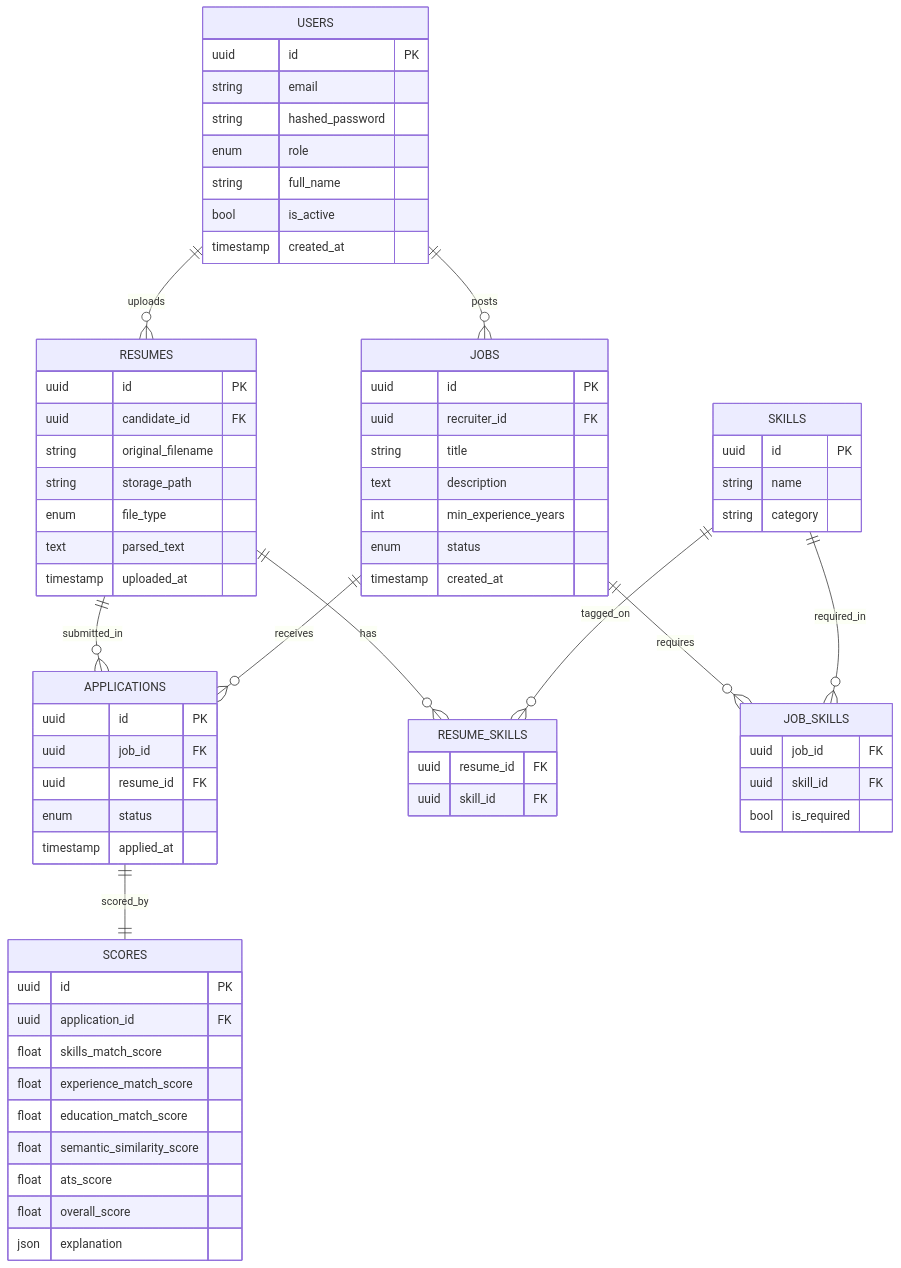
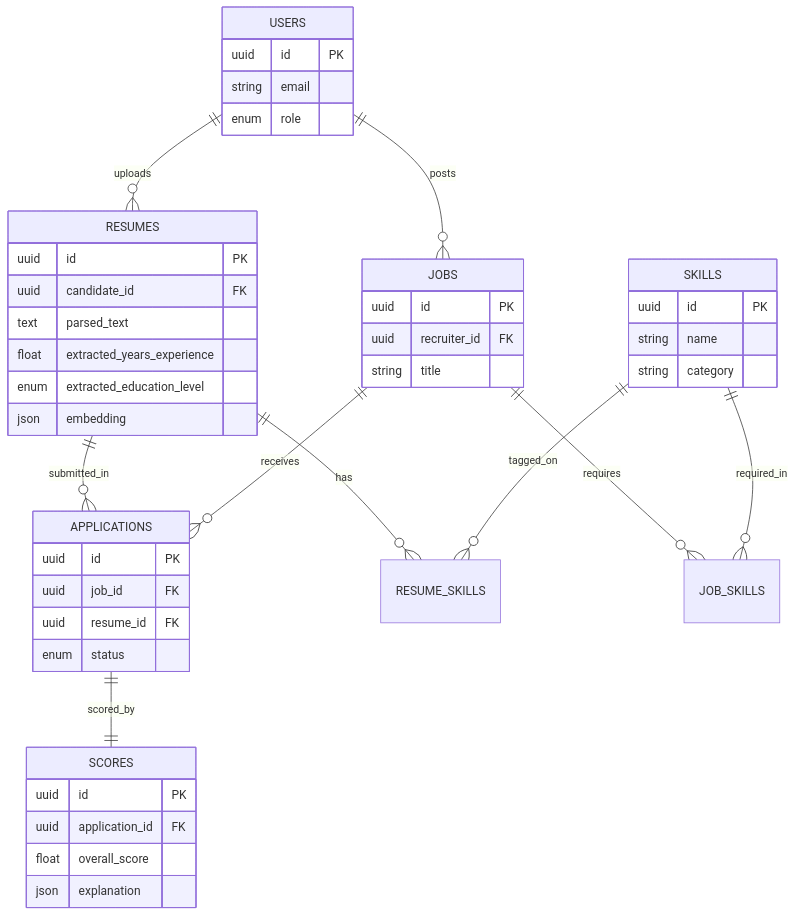
One commit to vansh761/ai-resume-screening-system changed the diagram in docs/architecture/README.md. Above: the diagram before and after it, drawn with Mermaid. The commit also changed other lines of this file and 87 other files, not shown here.

First line of the commit message:
Milestone 1: architecture, scaffolding, and containerized dev stack

````diff
--- a/docs/architecture/README.md
+++ b/docs/architecture/README.md
@@ -9,72 +5,48 @@
 ```mermaid
 erDiagram
   USERS ||--o{ JOBS : posts
   USERS ||--o{ RESUMES : uploads
   JOBS ||--o{ APPLICATIONS : receives
   RESUMES ||--o{ APPLICATIONS : submitted_in
   APPLICATIONS ||--|| SCORES : scored_by
   SKILLS ||--o{ RESUME_SKILLS : tagged_on
   RESUMES ||--o{ RESUME_SKILLS : has
   SKILLS ||--o{ JOB_SKILLS : required_in
   JOBS ||--o{ JOB_SKILLS : requires
 
   USERS {
     uuid id PK
     string email
-    string hashed_password
     enum role
-    string full_name
-    bool is_active
-    timestamp created_at
   }
   JOBS {
     uuid id PK
     uuid recruiter_id FK
     string title
-    text description
-    int min_experience_years
-    enum status
-    timestamp created_at
   }
   RESUMES {
     uuid id PK
     uuid candidate_id FK
-    string original_filename
-    string storage_path
-    enum file_type
     text parsed_text
-    timestamp uploaded_at
+    float extracted_years_experience
+    enum extracted_education_level
+    json embedding
   }
   APPLICATIONS {
     uuid id PK
     uuid job_id FK
     uuid resume_id FK
     enum status
-    timestamp applied_at
   }
   SCORES {
     uuid id PK
     uuid application_id FK
-    float skills_match_score
-    float experience_match_score
-    float education_match_score
-    float semantic_similarity_score
-    float ats_score
     float overall_score
     json explanation
   }
   SKILLS {
     uuid id PK
     string name
     string category
   }
-  RESUME_SKILLS {
-    uuid resume_id FK
-    uuid skill_id FK
-  }
-  JOB_SKILLS {
-    uuid job_id FK
-    uuid skill_id FK
-    bool is_required
-  }
 ```
````
